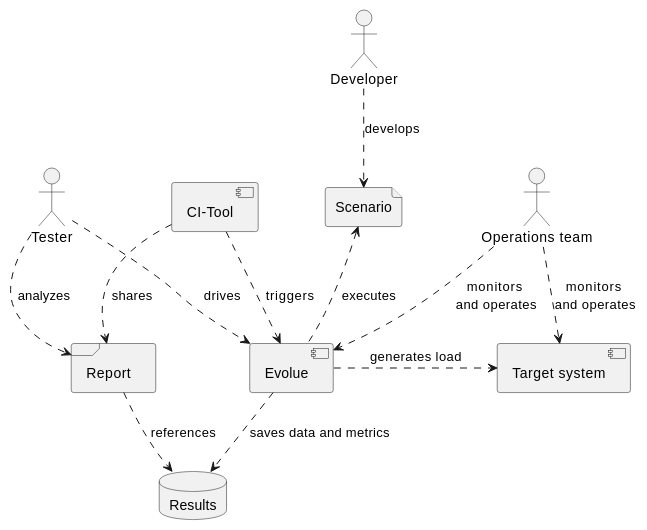
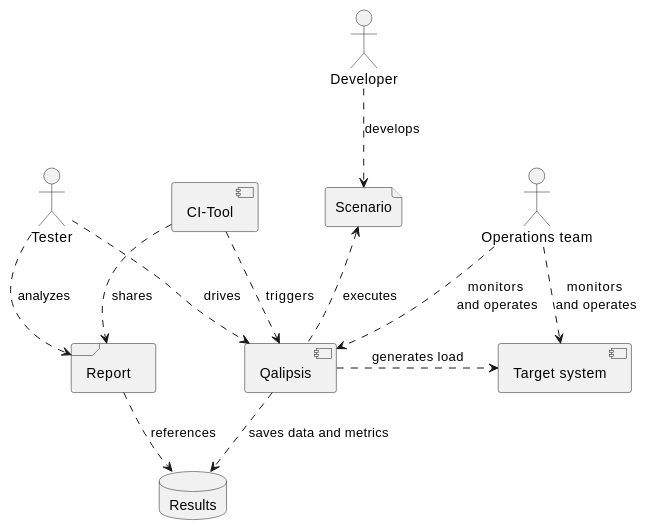
The first of 2 diagrams in developer-documentation/src/main/asciidoc/architecture/src/03_system_scope_and_context.adoc (qalipsis/qalipsis-oss), drawn with PlantUML before and after one commit. The commit also changed other lines of this file and 673 other files, not shown here.

```diff
--- a/developer-documentation/src/main/asciidoc/architecture/src/03_system_scope_and_context.adoc
+++ b/developer-documentation/src/main/asciidoc/architecture/src/03_system_scope_and_context.adoc
@@ -9,27 +9,27 @@
 [plantuml,business-context,png]
 ----
 skinparam componentStyle uml2
 
 actor Developer
 actor Tester
 component "CI-Tool" as CI
 actor "Operations team" as op
 file Scenario
 database Results
-component Evolue
+component Qalipsis
 frame Report
 component "Target system" as system
 
 Developer .down.> Scenario: develops
-Tester .down.> Evolue: drives
-CI .down.> Evolue: triggers
-Evolue .up.> Scenario: executes
-Evolue .right.> system: generates load
+Tester .down.> Qalipsis: drives
+CI .down.> Qalipsis: triggers
+Qalipsis .up.> Scenario: executes
+Qalipsis .right.> system: generates load
 op .down.> system: monitors \nand operates
-op .down.> Evolue: monitors \nand operates
-Evolue .down.> Results: saves data and metrics
+op .down.> Qalipsis: monitors \nand operates
+Qalipsis .down.> Results: saves data and metrics
 Report .down.> Results: references
 Tester .down.> Report: analyzes
 CI .down.> Report: shares
 
 ----
```
